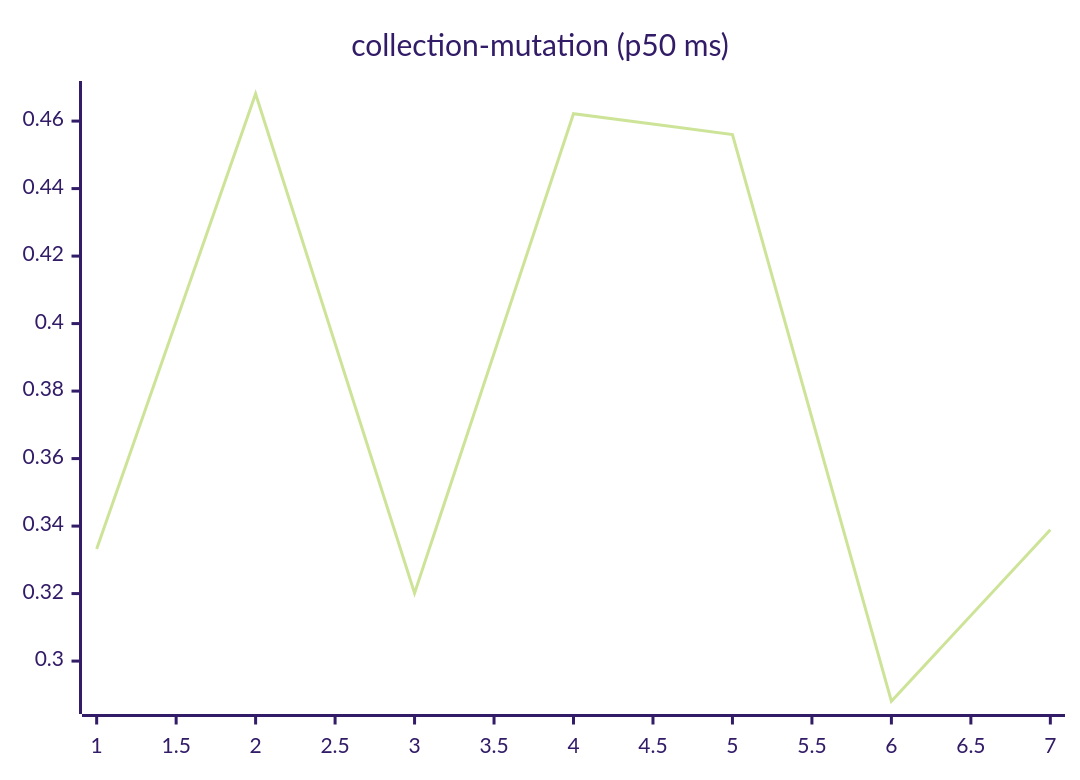
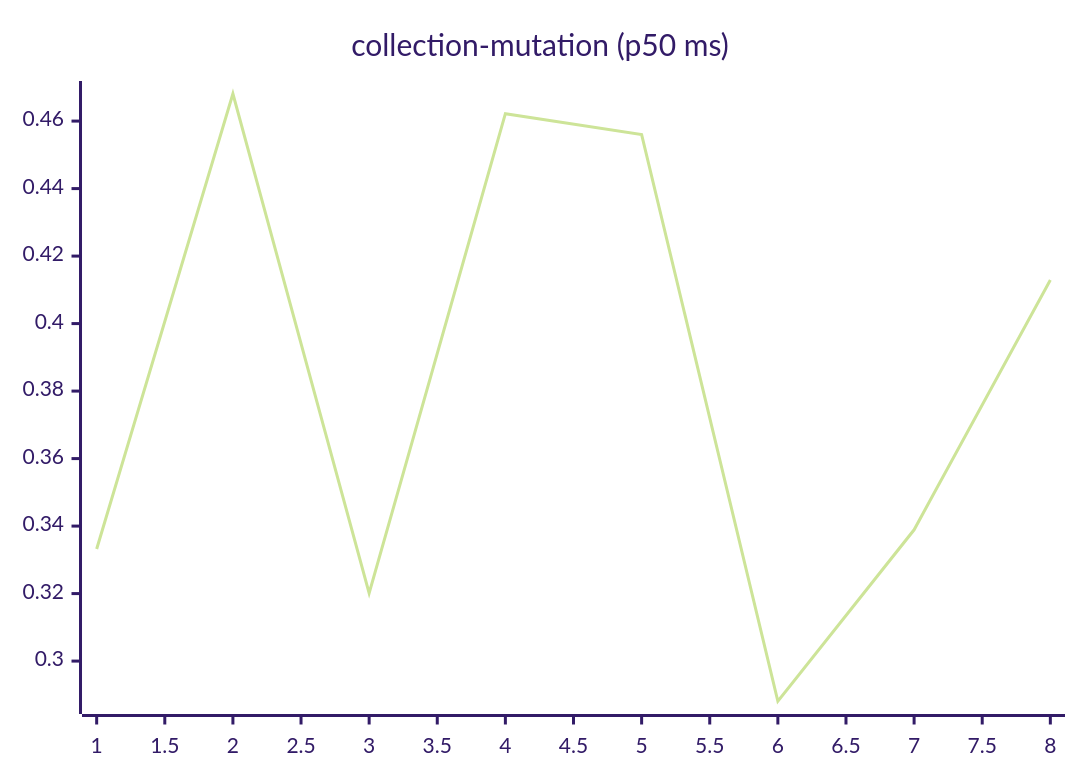
One commit to josha/Facet changed the sixth of 27 diagrams in README.md. Above: the diagram before and after it, drawn with Mermaid (forest theme). The commit also changed other lines of this file and 2 other files, not shown here.

````diff
--- a/README.md
+++ b/README.md
@@ -98,6 +98,6 @@
 ```mermaid
 xychart-beta
     title "collection-mutation (p50 ms)"
-    x-axis 1 --> 7
-    line [0.3332, 0.4681, 0.3201, 0.4622, 0.4560, 0.2881, 0.3389]
+    x-axis 1 --> 8
+    line [0.3332, 0.4681, 0.3201, 0.4622, 0.4560, 0.2881, 0.3389, 0.4129]
 ```
````
